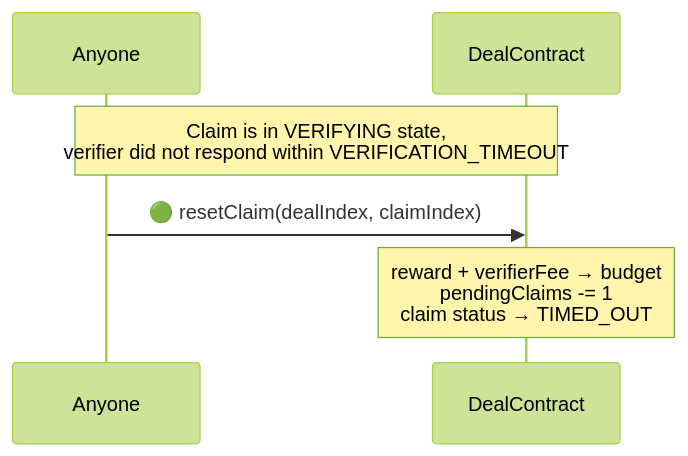
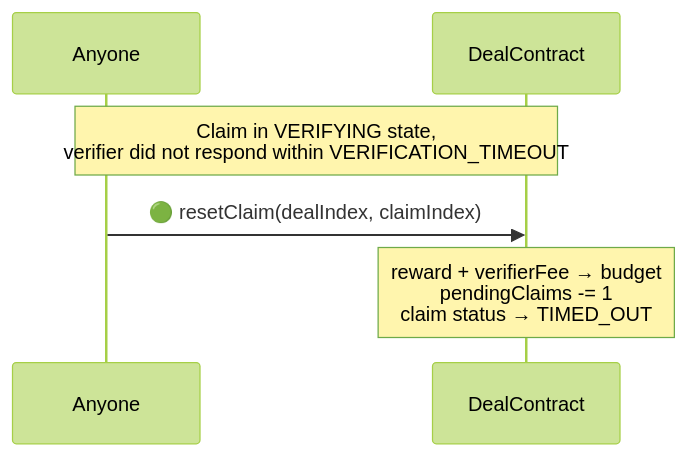
The third of 5 diagrams in examples/x-follow/x-follow-design.md (synctxai/synctx), drawn with Mermaid (forest theme) before and after one commit. The commit also changed other lines of this file and 1 other file, not shown here.

````diff
--- a/examples/x-follow/x-follow-design.md
+++ b/examples/x-follow/x-follow-design.md
@@ -280,9 +279,9 @@
 ```mermaid
 sequenceDiagram
     participant X as Anyone
     participant D as DealContract
 
-    Note over X,D: Claim is in VERIFYING state,<br/>verifier did not respond within VERIFICATION_TIMEOUT
+    Note over X,D: Claim in VERIFYING state,<br/>verifier did not respond within VERIFICATION_TIMEOUT
     X->>D: 🟢 resetClaim(dealIndex, claimIndex)
     Note over D: reward + verifierFee → budget<br/>pendingClaims -= 1<br/>claim status → TIMED_OUT
 ```
````
